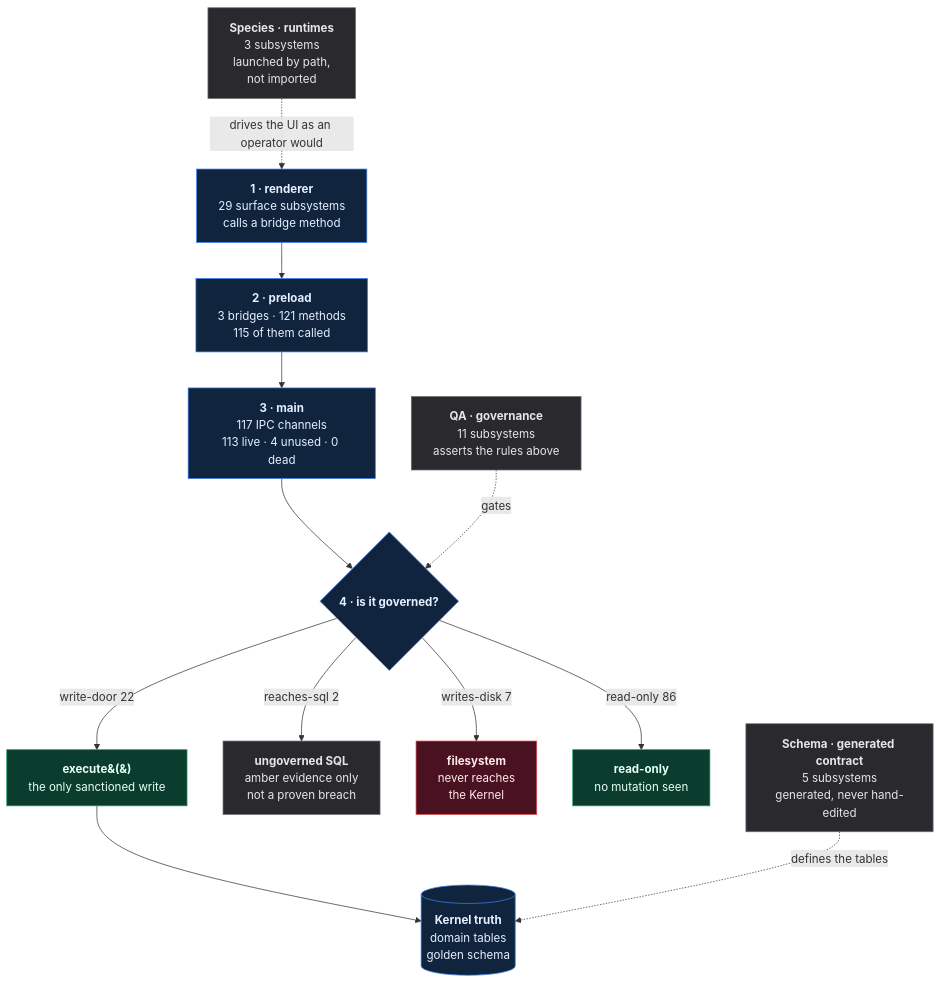
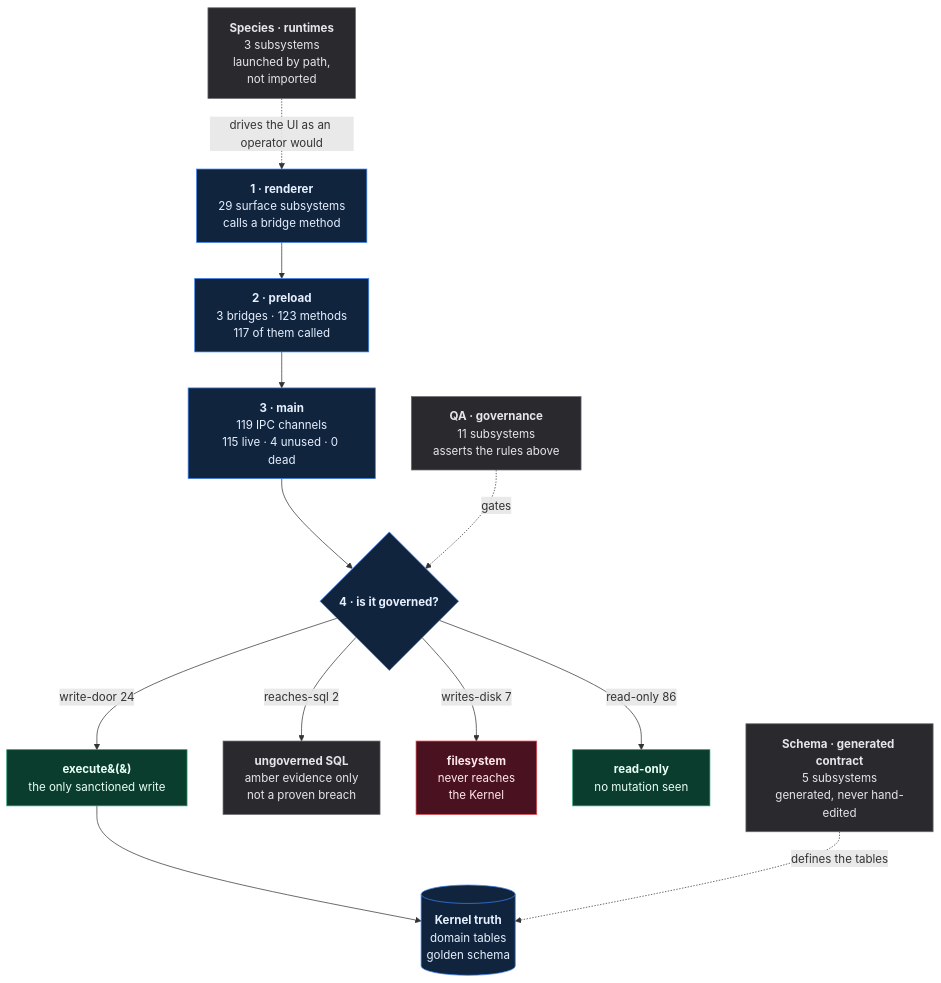
The diagram in qf-atlas/ATLAS.md (SidNig21/QuantFlow-Ontology), drawn with Mermaid before and after one commit. The commit also changed other lines of this file and 47 other files, not shown here.

````diff
--- a/qf-atlas/ATLAS.md
+++ b/qf-atlas/ATLAS.md
@@ -32,35 +32,35 @@
 ```mermaid
 flowchart TD
   R["<b>1 · renderer</b><br/>29 surface subsystems<br/>calls a bridge method"]
-  P["<b>2 · preload</b><br/>3 bridges · 121 methods<br/>115 of them called"]
-  M["<b>3 · main</b><br/>117 IPC channels<br/>113 live · 4 unused · 0 dead"]
+  P["<b>2 · preload</b><br/>3 bridges · 123 methods<br/>117 of them called"]
+  M["<b>3 · main</b><br/>119 IPC channels<br/>115 live · 4 unused · 0 dead"]
   H{"<b>4 · is it governed?</b>"}
   E["<b>execute&#40;&#41;</b><br/>the only sanctioned write"]
   DB[("<b>Kernel truth</b><br/>domain tables<br/>golden schema")]
 
   R --> P --> M --> H
-  H -->|"write-door 22"| E
+  H -->|"write-door 24"| E
   E --> DB
   A["<b>ungoverned SQL</b><br/>amber evidence only<br/>not a proven breach"]
   H -->|"reaches-sql 2"| A
   FS["<b>filesystem</b><br/>never reaches<br/>the Kernel"]
   H -->|"writes-disk 7"| FS
   RO["<b>read-only</b><br/>no mutation seen"]
   H -->|"read-only 86"| RO
 
   QA["<b>QA · governance</b><br/>11 subsystems<br/>asserts the rules above"]
   SP["<b>Species · runtimes</b><br/>3 subsystems<br/>launched by path,<br/>not imported"]
   SC["<b>Schema · generated contract</b><br/>5 subsystems<br/>generated, never hand-edited"]
   QA -.->|"gates"| H
   SC -.->|"defines the tables"| DB
   SP -.->|"drives the UI as an operator would"| R
 
   classDef good fill:#0b3d2e,stroke:#1f9d6b,color:#e8fff5
   classDef bad fill:#4a1220,stroke:#e5484d,color:#ffe8ea
   classDef gray fill:#2a2a2e,stroke:#6b6b73,color:#e6e6ea
   classDef truth fill:#10243d,stroke:#3b82f6,color:#e6f0ff
   class E,RO good
   class FS bad
   class A,QA,SP,SC gray
   class DB,R,P,M,H truth
 ```
````
